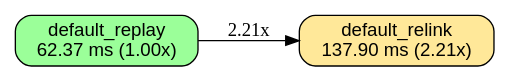
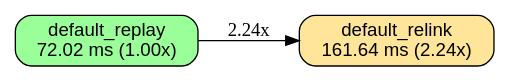
One commit to orgrinrt/hilavitkutin changed the diagram in docs/BENCHES.link-static.release_n25.linux-x86_64-c4-container-intel.dot. Above: the diagram before and after it, drawn with Graphviz. The commit also changed 98 other files, not shown here.

```diff
--- a/docs/BENCHES.link-static.release_n25.linux-x86_64-c4-container-intel.dot
+++ b/docs/BENCHES.link-static.release_n25.linux-x86_64-c4-container-intel.dot
@@ -1,14 +1,14 @@
 // AUTO-GENERATED: DO NOT EDIT DIRECTLY
 //
 // Generated by: mockspace (mock)
-// Generated at: 2026-11-16T08:49:46Z
+// Generated at: 2026-11-19T23:03:40Z
 // Source: mock/
 // To regenerate: cargo mock
 
 digraph "link-static/release_n25 on linux-x86_64-c4-container-intel" {
   rankdir=LR;
   node [shape=box, style="rounded,filled", fontname="Helvetica"];
-  v0 [label="default_replay\n62.37 ms (1.00x)", fillcolor="0.330 0.4 1.0"];
-  v1 [label="default_relink\n137.90 ms (2.21x)", fillcolor="0.130 0.4 1.0"];
-  v0 -> v1 [label="2.21x"];
+  v0 [label="default_replay\n72.02 ms (1.00x)", fillcolor="0.330 0.4 1.0"];
+  v1 [label="default_relink\n161.64 ms (2.24x)", fillcolor="0.125 0.4 1.0"];
+  v0 -> v1 [label="2.24x"];
 }
```
